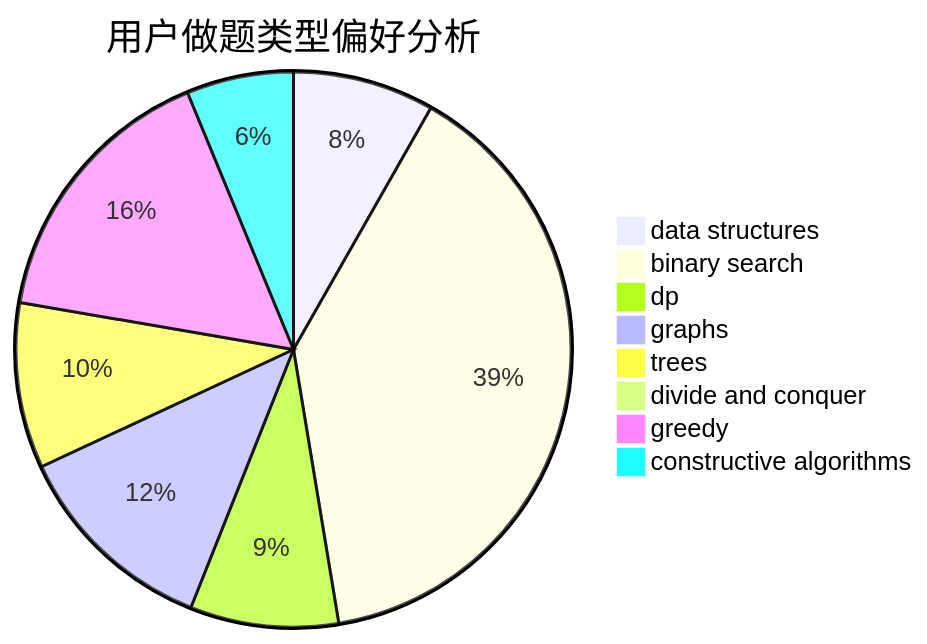
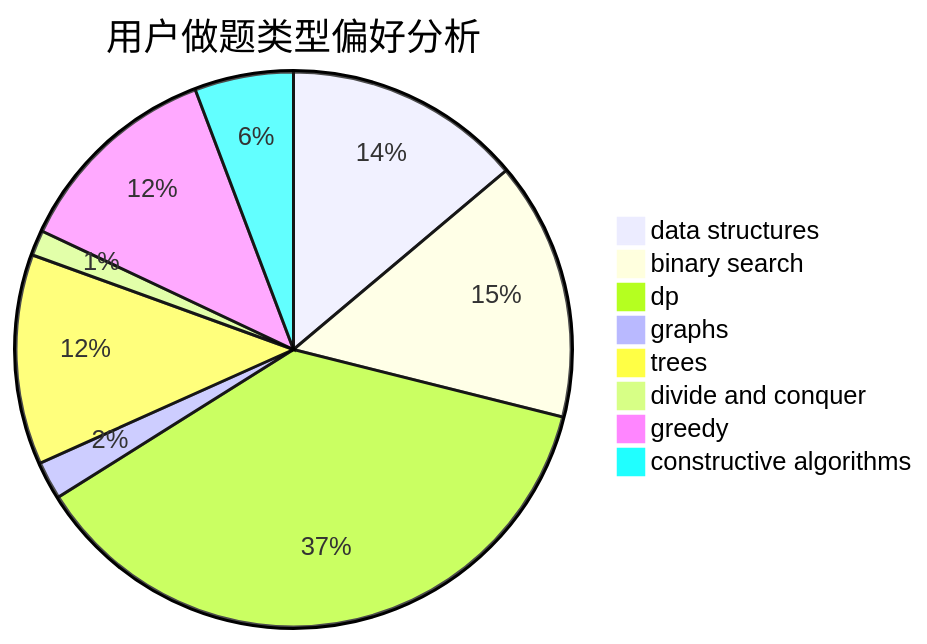
Before and after one commit to sherpahu/cfrs.github.io: the second of 3 diagrams in docs/user/u2152.md, drawn with Mermaid. The commit also changed other lines of this file and 2770 other files, not shown here.

````diff
--- a/docs/user/u2152.md
+++ b/docs/user/u2152.md
@@ -23,11 +23,11 @@
 ```mermaid
 pie title 用户做题类型偏好分析
-    "data structures" :  41
-    "binary search" :  195
-    "dp" :  43
-    "graphs" :  60
-    "trees" :  48
-    "divide and conquer" :  0
-    "greedy" :  80
-    "constructive algorithms" :  31
+    "data structures" :  94
+    "binary search" :  102
+    "dp" :  252
+    "graphs" :  15
+    "trees" :  83
+    "divide and conquer" :  10
+    "greedy" :  83
+    "constructive algorithms" :  39
 ```
````
